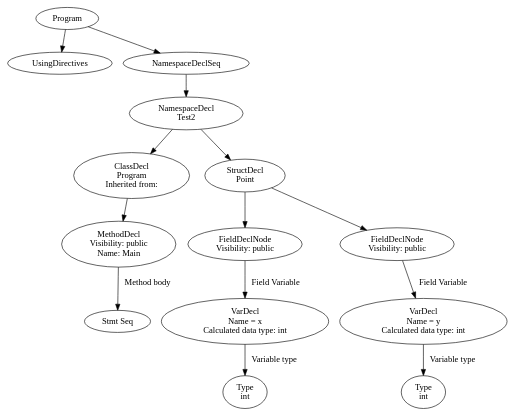
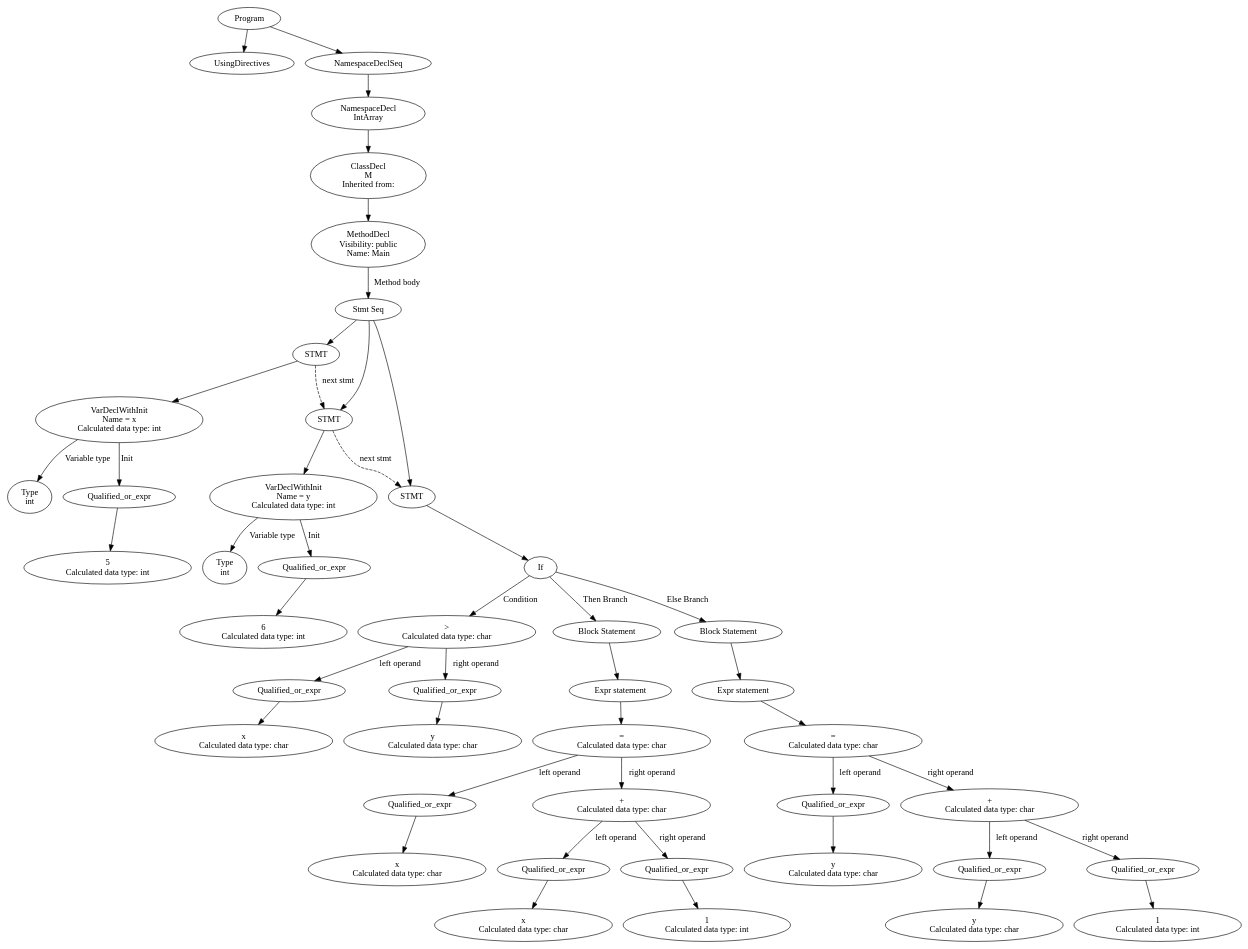
The diagram in lexer-build/ast.dot (SergeyGT/CSharp_Compiler), drawn with Graphviz before and after one commit. The commit also changed 8 other files, not shown here.

```diff
--- a/lexer-build/ast.dot
+++ b/lexer-build/ast.dot
@@ -1,29 +1,91 @@
 digraph Program {
-17 [label="Program"]
+48 [label="Program"]
 0 [label="UsingDirectives"]
-16 [label="NamespaceDeclSeq"]
-15 [label="NamespaceDecl\nTest2"]
-5 [label="ClassDecl\nProgram\n Inherited from: "]
-3 [label="MethodDecl\nVisibility: public\nName: Main"]
-2 [label="Stmt Seq"]
-3 -> 2 [label="Method body"]
-5 -> 3
-15 -> 5
-14 [label="StructDecl\nPoint"]
-9 [label="FieldDeclNode\nVisibility: public"]
-8 [label="VarDecl\nName = x\nCalculated data type: int"]
-7 [label="Type\nint"]
-8 -> 7 [label="Variable type"]
-9 -> 8 [label="Field Variable"]
-14 -> 9
-13 [label="FieldDeclNode\nVisibility: public"]
-12 [label="VarDecl\nName = y\nCalculated data type: int"]
-11 [label="Type\nint"]
-12 -> 11 [label="Variable type"]
-13 -> 12 [label="Field Variable"]
+47 [label="NamespaceDeclSeq"]
+46 [label="NamespaceDecl\nIntArray"]
+44 [label="ClassDecl\nM\n Inherited from: "]
+42 [label="MethodDecl\nVisibility: public\nName: Main"]
+7 [label="Stmt Seq"]
+6 [label="STMT"]
+5 [label="VarDeclWithInit\nName = x\nCalculated data type: int"]
+2 [label="Type\nint"]
+5 -> 2 [label="Variable type"]
+4 [label="Qualified_or_expr"]
+3 [label="5\nCalculated data type: int"]
+4 -> 3
+5 -> 4 [label="Init"]
+6 -> 5
+7 -> 6
+12 [label="STMT"]
+11 [label="VarDeclWithInit\nName = y\nCalculated data type: int"]
+8 [label="Type\nint"]
+11 -> 8 [label="Variable type"]
+10 [label="Qualified_or_expr"]
+9 [label="6\nCalculated data type: int"]
+10 -> 9
+11 -> 10 [label="Init"]
+12 -> 11
+7 -> 12
+6 -> 12 [label="next stmt"][style="dashed"]
+41 [label="STMT"]
+40 [label="If"]
+17 [label=">\nCalculated data type: char"]
+14 [label="Qualified_or_expr"]
+13 [label="x\nCalculated data type: char"]
 14 -> 13
-15 -> 14
+16 [label="Qualified_or_expr"]
+15 [label="y\nCalculated data type: char"]
 16 -> 15
-17 -> 0
-17 -> 16
+17 -> 14 [label="left operand"]
+17 -> 16 [label="right operand"]
+40 -> 17 [label="Condition"]
+28 [label="Block Statement"]
+26 [label="Expr statement"]
+25 [label="=\nCalculated data type: char"]
+19 [label="Qualified_or_expr"]
+18 [label="x\nCalculated data type: char"]
+19 -> 18
+24 [label="+\nCalculated data type: char"]
+21 [label="Qualified_or_expr"]
+20 [label="x\nCalculated data type: char"]
+21 -> 20
+23 [label="Qualified_or_expr"]
+22 [label="1\nCalculated data type: int"]
+23 -> 22
+24 -> 21 [label="left operand"]
+24 -> 23 [label="right operand"]
+25 -> 19 [label="left operand"]
+25 -> 24 [label="right operand"]
+26 -> 25
+28 -> 26
+40 -> 28 [label="Then Branch"]
+39 [label="Block Statement"]
+37 [label="Expr statement"]
+36 [label="=\nCalculated data type: char"]
+30 [label="Qualified_or_expr"]
+29 [label="y\nCalculated data type: char"]
+30 -> 29
+35 [label="+\nCalculated data type: char"]
+32 [label="Qualified_or_expr"]
+31 [label="y\nCalculated data type: char"]
+32 -> 31
+34 [label="Qualified_or_expr"]
+33 [label="1\nCalculated data type: int"]
+34 -> 33
+35 -> 32 [label="left operand"]
+35 -> 34 [label="right operand"]
+36 -> 30 [label="left operand"]
+36 -> 35 [label="right operand"]
+37 -> 36
+39 -> 37
+40 -> 39 [label="Else Branch"]
+41 -> 40
+7 -> 41
+12 -> 41 [label="next stmt"][style="dashed"]
+42 -> 7 [label="Method body"]
+44 -> 42
+46 -> 44
+47 -> 46
+48 -> 0
+48 -> 47
 }
```
